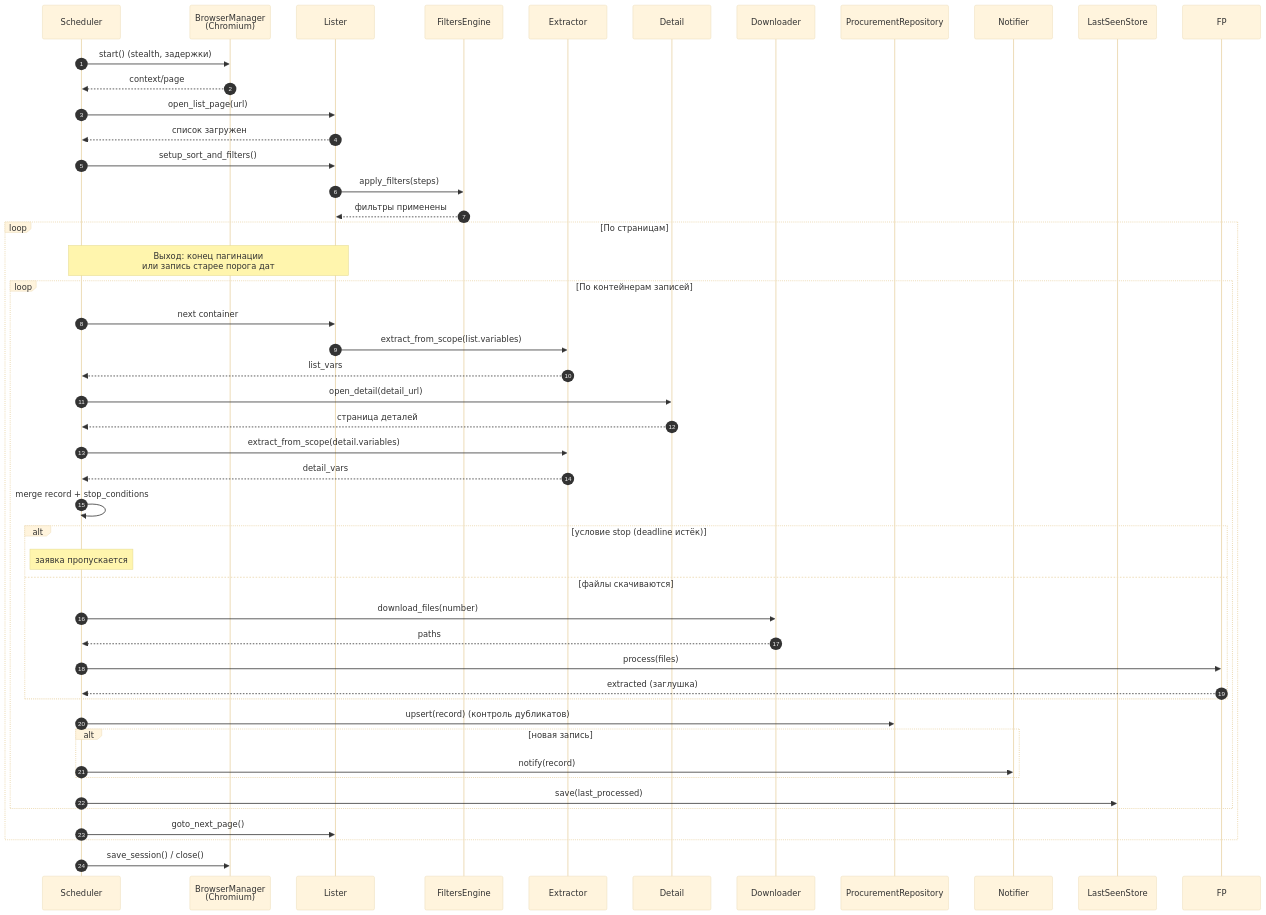
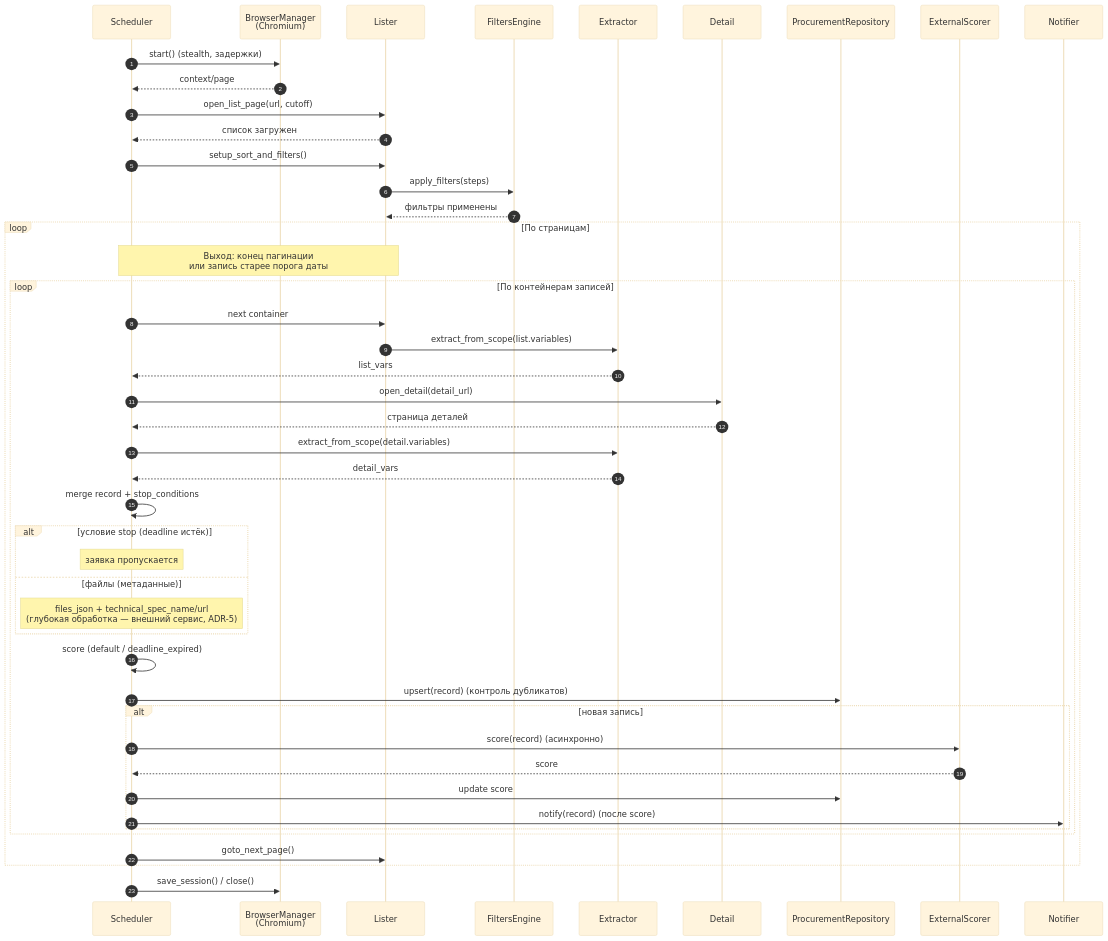
One commit to igorvolk1961/zakupki_parser changed the diagram in docs/c4/sequence.md. Above: the diagram before and after it, drawn with Mermaid (base theme). The commit also changed other lines of this file and 8 other files, not shown here.

````diff
--- a/docs/c4/sequence.md
+++ b/docs/c4/sequence.md
@@ -6,52 +6,51 @@
 ```mermaid
 sequenceDiagram
     autonumber
     participant S as Scheduler
     participant B as BrowserManager<br/>(Chromium)
     participant L as Lister
     participant F as FiltersEngine
     participant E as Extractor
     participant D as Detail
-    participant DL as Downloader
     participant R as ProcurementRepository
+    participant SC as ExternalScorer
     participant N as Notifier
-    participant LS as LastSeenStore
 
     S->>B: start() (stealth, задержки)
     B-->>S: context/page
-    S->>L: open_list_page(url)
+    S->>L: open_list_page(url, cutoff)
     L-->>S: список загружен
     S->>L: setup_sort_and_filters()
     L->>F: apply_filters(steps)
     F-->>L: фильтры применены
 
     loop По страницам
-        Note over S,L: Выход: конец пагинации<br/>или запись старее порога дат
+        Note over S,L: Выход: конец пагинации<br/>или запись старее порога даты
         loop По контейнерам записей
             S->>L: next container
             L->>E: extract_from_scope(list.variables)
             E-->>S: list_vars
             S->>D: open_detail(detail_url)
             D-->>S: страница деталей
             S->>E: extract_from_scope(detail.variables)
             E-->>S: detail_vars
             S->>S: merge record + stop_conditions
             alt условие stop (deadline истёк)
                 Note over S: заявка пропускается
-            else файлы скачиваются
-                S->>DL: download_files(number)
-                DL-->>S: paths
-                S->>FP: process(files)
-                FP-->>S: extracted (заглушка)
+            else файлы (метаданные)
+                Note over S: files_json + technical_spec_name/url<br/>(глубокая обработка — внешний сервис, ADR-5)
             end
+            S->>S: score (default / deadline_expired)
             S->>R: upsert(record) (контроль дубликатов)
             alt новая запись
-                S->>N: notify(record)
+                S->>SC: score(record) (асинхронно)
+                SC-->>S: score
+                S->>R: update score
+                S->>N: notify(record) (после score)
             end
-            S->>LS: save(last_processed)
         end
         S->>L: goto_next_page()
     end
 
     S->>B: save_session() / close()
 ```
````
